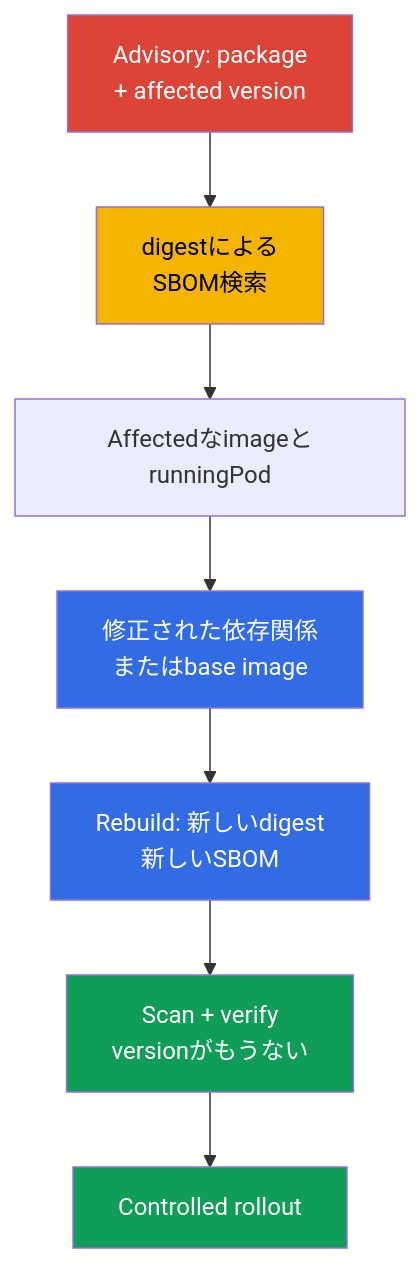
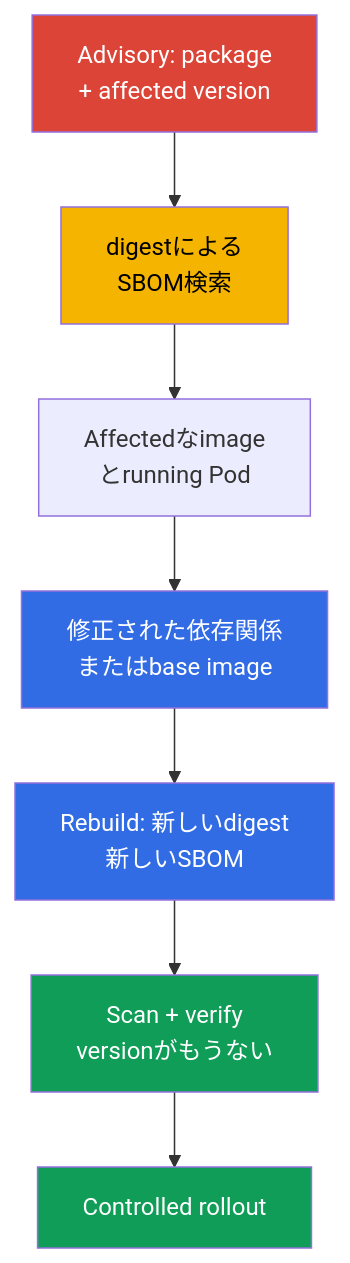
One commit to ViktorUJ/cks changed the fourth of 4 diagrams in tasks/cks/course/25/jp.md. Above: the diagram before and after it, drawn with Mermaid. The commit also changed other lines of this file and 280 other files, not shown here.

````diff
--- a/tasks/cks/course/25/jp.md
+++ b/tasks/cks/course/25/jp.md
@@ -523,15 +523,15 @@
 ```mermaid
 flowchart TB
     cve["Advisory: package<br/>+ affected version"] --> sbom["digestによる<br/>SBOM検索"]
-    sbom --> affected["AffectedなimageとrunningPod"]
+    sbom --> affected["Affectedなimage<br/>とrunning Pod"]
     affected --> fixed["修正された依存関係<br/>またはbase image"]
     fixed --> rebuild["Rebuild: 新しいdigest<br/>新しいSBOM"]
     rebuild --> rescan["Scan + verify<br/>versionがもうない"]
     rescan --> rollout["Controlled rollout"]
     style cve fill:#db4437,color:#fff
     style sbom fill:#f4b400,color:#000
     style fixed fill:#326ce5,color:#fff
     style rebuild fill:#326ce5,color:#fff
     style rescan fill:#0f9d58,color:#fff
     style rollout fill:#0f9d58,color:#fff
 ```
````
